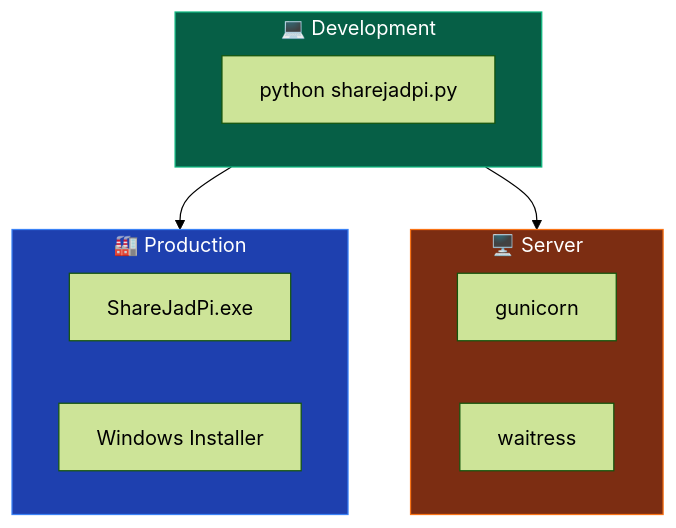
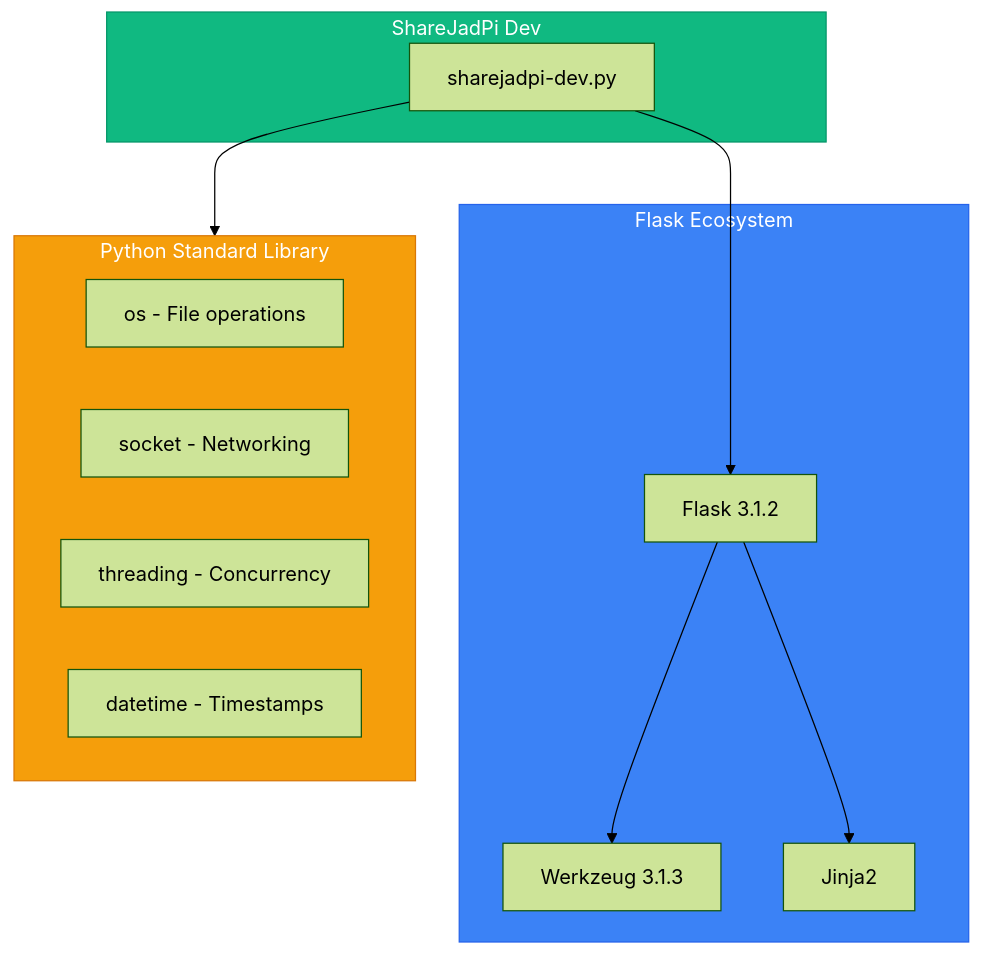
One commit to hetcharusat/sharejadpi changed diagram 13 of 16 in SGP_phase1/docs/architecture.md. Above: the diagram before and after it, drawn with Mermaid (forest theme). The commit also changed other lines of this file and 1 other file, not shown here.

Commit message:
docs: comprehensive architecture with design patterns, workflows, and diagrams

````diff
--- a/SGP_phase1/docs/architecture.md
+++ b/SGP_phase1/docs/architecture.md
@@ -485,23 +684,28 @@
 ```mermaid
-flowchart TB
-    subgraph Development["💻 Development"]
-        Python["python sharejadpi.py"]
+graph TB
+    subgraph App["ShareJadPi Dev"]
+        Main[sharejadpi-dev.py]
     end
     
-    subgraph Production["🏭 Production"]
-        EXE["ShareJadPi.exe"]
-        Installer["Windows Installer"]
+    subgraph Flask["Flask Ecosystem"]
+        FlaskCore[Flask 3.1.2]
+        Werkzeug[Werkzeug 3.1.3]
+        Jinja2[Jinja2]
     end
     
-    subgraph Server["🖥️ Server"]
-        Gunicorn["gunicorn"]
-        Waitress["waitress"]
+    subgraph Python["Python Standard Library"]
+        OS[os - File operations]
+        Socket[socket - Networking]
+        Threading[threading - Concurrency]
+        DateTime[datetime - Timestamps]
     end
     
-    Development --> Production
-    Development --> Server
+    Main --> FlaskCore
+    FlaskCore --> Werkzeug
+    FlaskCore --> Jinja2
+    Main --> Python
     
-    style Development fill:#065f46,stroke:#10b981,color:#fff
-    style Production fill:#1e40af,stroke:#3b82f6,color:#fff
-    style Server fill:#7c2d12,stroke:#f97316,color:#fff
+    style App fill:#10b981,stroke:#059669,color:#fff
+    style Flask fill:#3b82f6,stroke:#2563eb,color:#fff
+    style Python fill:#f59e0b,stroke:#d97706,color:#fff
 ```
````
